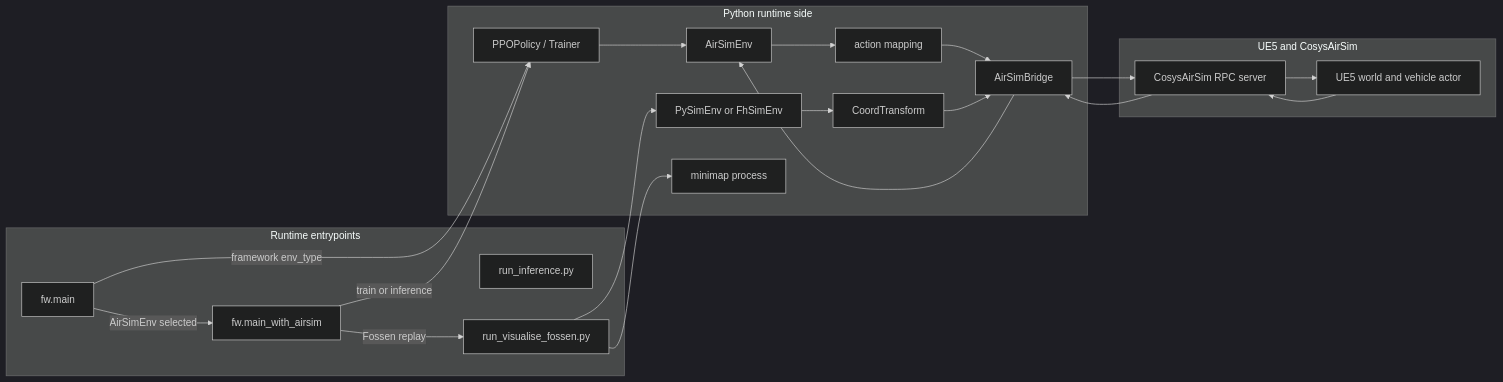
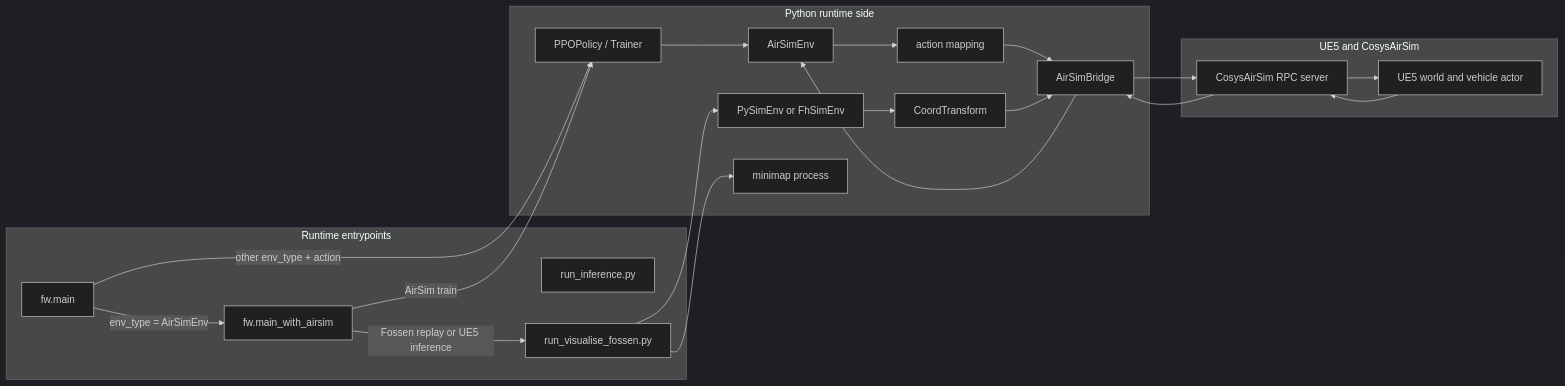
Before and after one commit to UAntwerpM4S/RudoLF: the second of 5 diagrams in docs/airsim_architecture.md, drawn with Mermaid (dark theme). The commit also changed other lines of this file and 10 other files, not shown here.

Commit message:
Bug fixes regarding integration and enviroment logic in fw.main and main_with_airsim. Code more readable.

````diff
--- a/docs/airsim_architecture.md
+++ b/docs/airsim_architecture.md
@@ -98,43 +104,43 @@
 ```mermaid
 flowchart LR
     subgraph EntryPoints[Runtime entrypoints]
         main[fw.main]
         airsimMain[fw.main_with_airsim]
         inference[run_inference.py]
         replay[run_visualise_fossen.py]
     end
 
     subgraph FrameworkSide[Python runtime side]
         policy[PPOPolicy / Trainer]
         airsimEnv[AirSimEnv]
         fossenEnv[PySimEnv or FhSimEnv]
         mapping[action mapping]
         transformSvc[CoordTransform]
         bridgeSvc[AirSimBridge]
         minimap[minimap process]
     end
 
     subgraph UE5Side[UE5 and CosysAirSim]
         rpc[CosysAirSim RPC server]
         ue5[UE5 world and vehicle actor]
     end
 
-    main -->|AirSimEnv selected| airsimMain
-    main -->|framework env_type| policy
-    airsimMain -->|train or inference| policy
-    airsimMain -->|Fossen replay| replay
+    main -->|env_type = AirSimEnv| airsimMain
+    main -->|other env_type + action| policy
+    airsimMain -->|AirSim train| policy
+    airsimMain -->|Fossen replay or UE5 inference| replay
 
     policy --> airsimEnv
     replay --> fossenEnv
     replay --> minimap
     airsimEnv --> mapping
     mapping --> bridgeSvc
     bridgeSvc --> rpc
     rpc --> ue5
     ue5 --> rpc
     rpc --> bridgeSvc
     bridgeSvc --> airsimEnv
 
     fossenEnv --> transformSvc
     transformSvc --> bridgeSvc
 ```
````
